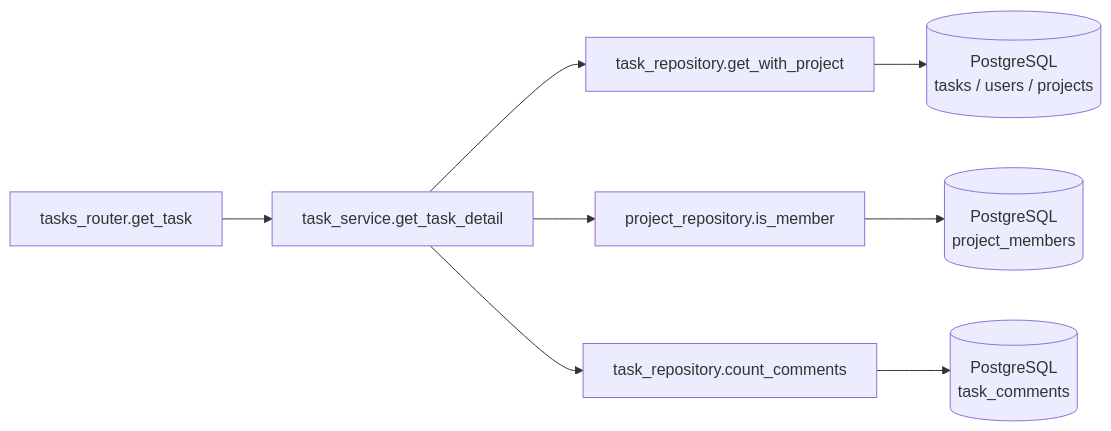
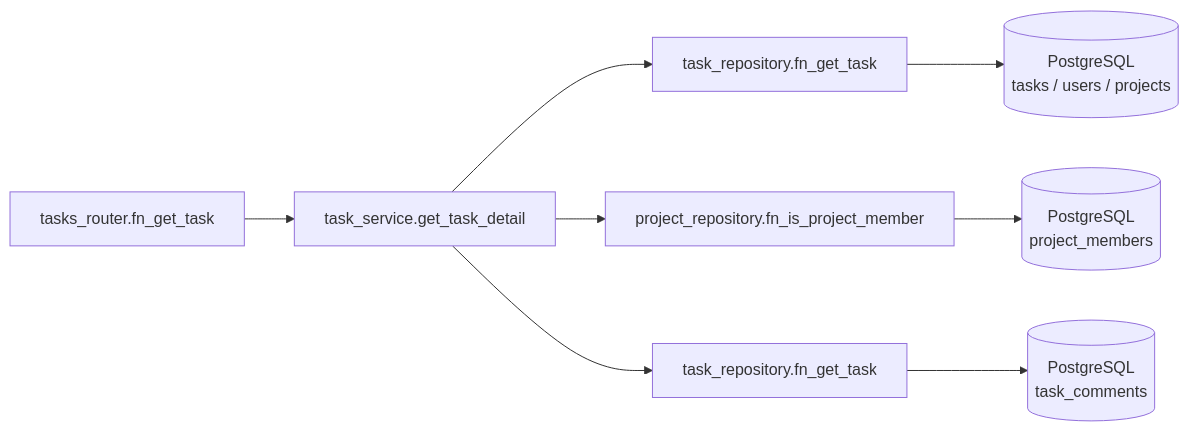
The third of 4 diagrams in detailed_design/api/tasks/03_get_task.md (oikawa-d/task_management), drawn with Mermaid before and after one commit. The commit also changed other lines of this file and 58 other files, not shown here.

````diff
--- a/detailed_design/api/tasks/03_get_task.md
+++ b/detailed_design/api/tasks/03_get_task.md
@@ -201,10 +201,10 @@
 ```mermaid
 flowchart LR
-    R["tasks_router.get_task"] --> S["task_service.get_task_detail"]
-    S --> TR["task_repository.get_with_project"]
-    S --> PR["project_repository.is_member"]
-    S --> CC["task_repository.count_comments"]
+    R["tasks_router.fn_get_task"] --> S["task_service.get_task_detail"]
+    S --> TR["task_repository.fn_get_task"]
+    S --> PR["project_repository.fn_is_project_member"]
+    S --> CC["task_repository.fn_get_task"]
     TR --> DB[("PostgreSQL<br/>tasks / users / projects")]
     PR --> DBM[("PostgreSQL<br/>project_members")]
     CC --> DBC[("PostgreSQL<br/>task_comments")]
 ```
````
